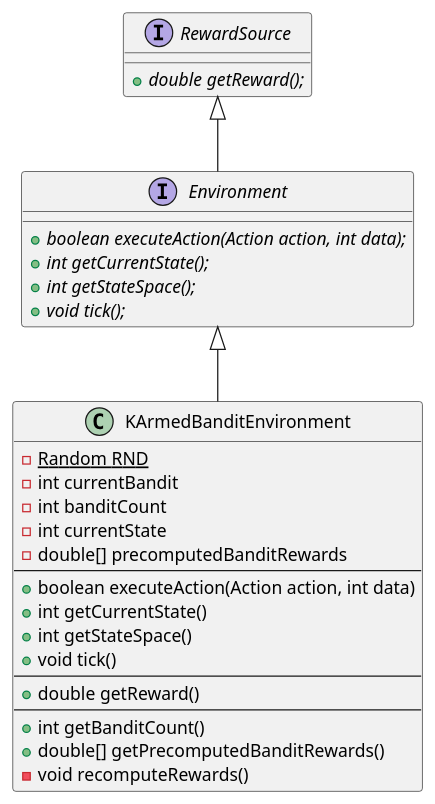
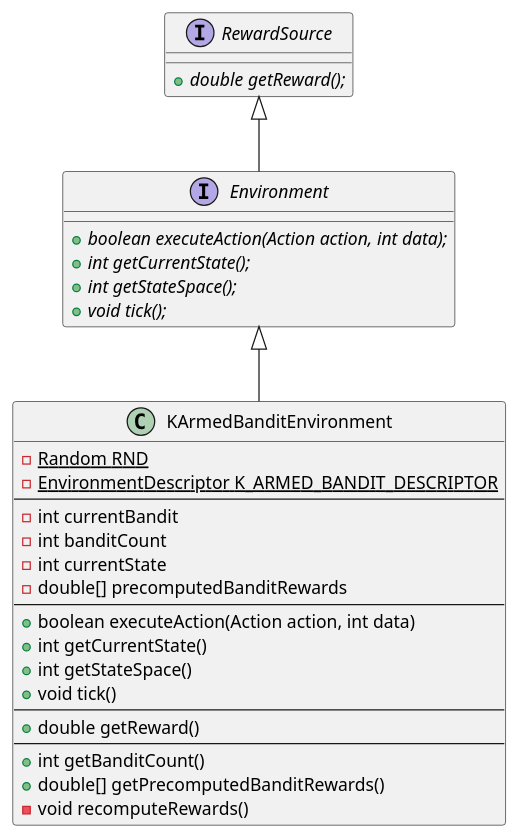
One commit to jatsqi/ASE-Reinforcement-Learning changed the diagram in uml/highCohesion.puml. Above: the diagram before and after it, drawn with PlantUML. The commit also changed 1 other file, not shown here.

```diff
--- a/uml/highCohesion.puml
+++ b/uml/highCohesion.puml
@@ -1,37 +1,39 @@
 @startuml
 'https://plantuml.com/class-diagram
 
 interface Environment {
     +{abstract}boolean executeAction(Action action, int data);
     +{abstract}int getCurrentState();
     +{abstract}int getStateSpace();
     +{abstract}void tick();
 }
 
 interface RewardSource {
     +{abstract} double getReward();
 }
 
 class KArmedBanditEnvironment {
     -{static} Random RND
+    -{static} EnvironmentDescriptor K_ARMED_BANDIT_DESCRIPTOR
+    ---
     -int currentBandit
     -int banditCount
     -int currentState
     -double[] precomputedBanditRewards
     ---
     +boolean executeAction(Action action, int data)
     +int getCurrentState()
     +int getStateSpace()
     +void tick()
     ---
     +double getReward()
     ---
     +int getBanditCount()
     +double[] getPrecomputedBanditRewards()
     -void recomputeRewards()
 }
 
 RewardSource <|-- Environment
 Environment <|-- KArmedBanditEnvironment
 
 @enduml
```
